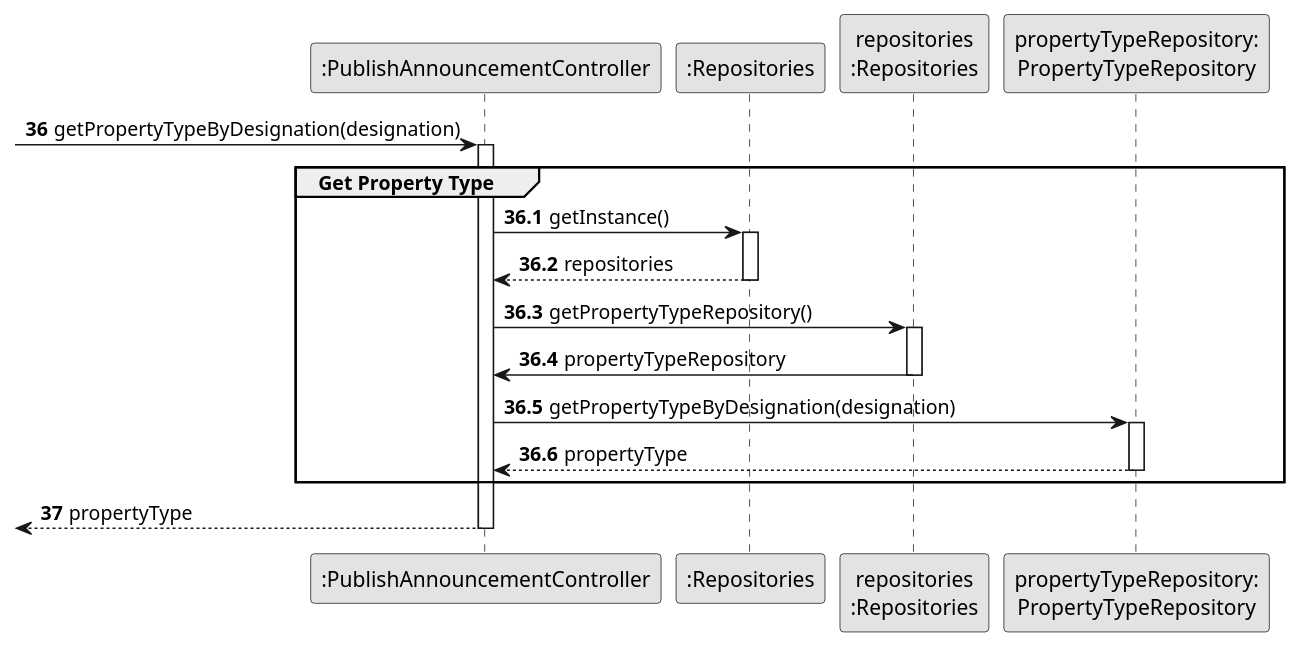
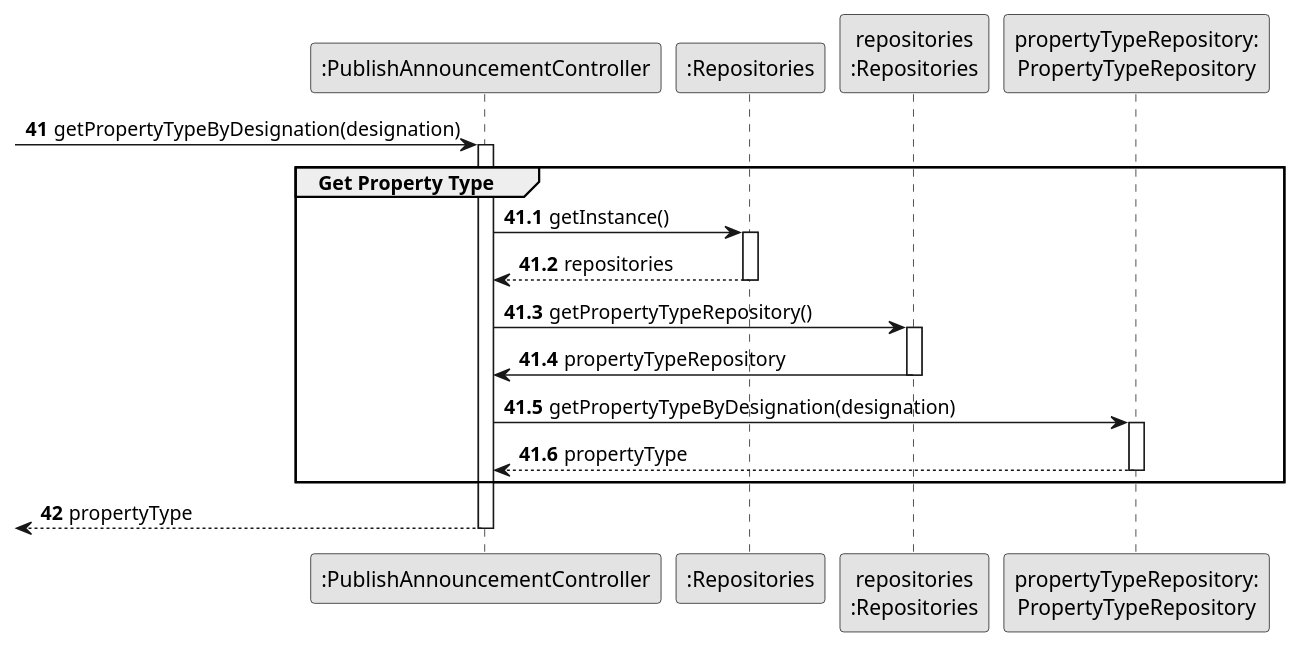
Before and after one commit to rita-barbosa/LAPR2-2223: the diagram in docs/sprintD/us002/03.design/puml/us002-sequence-diagram-partial-get-property-type.puml, drawn with PlantUML. The commit also changed 19 other files, not shown here.

Commit message:
Update sequence diagrams [US002][Design][#05 Task]

```diff
--- a/docs/sprintD/us002/03.design/puml/us002-sequence-diagram-partial-get-property-type.puml
+++ b/docs/sprintD/us002/03.design/puml/us002-sequence-diagram-partial-get-property-type.puml
@@ -1,44 +1,44 @@
 @startuml
 skinparam monochrome true
 skinparam packageStyle rectangle
 skinparam shadowing false
 
 participant ":PublishAnnouncementController" as CTRL
 participant ":Repositories" as RepositorySingleton
 participant "repositories\n:Repositories" as PLAT
 participant "propertyTypeRepository:\nPropertyTypeRepository" as PropertyTypeRepository
 
-autonumber 36
+autonumber 41
 -> CTRL : getPropertyTypeByDesignation(designation)
 
-autonumber 36.1
+autonumber 41.1
 
 activate CTRL
     group Get Property Type
         CTRL -> RepositorySingleton : getInstance()
         activate RepositorySingleton
 
             RepositorySingleton --> CTRL: repositories
         deactivate RepositorySingleton
 
         CTRL -> PLAT : getPropertyTypeRepository()
         activate PLAT
 
             PLAT -> CTRL : propertyTypeRepository
         deactivate PLAT
 
         CTRL -> PropertyTypeRepository : getPropertyTypeByDesignation(designation)
         activate PropertyTypeRepository
 
         PropertyTypeRepository --> CTRL : propertyType
         deactivate PropertyTypeRepository
 
     end group
 
-    autonumber 37
+    autonumber 42
     <-- CTRL : propertyType
 
 deactivate CTRL
 
 
 @enduml
```
